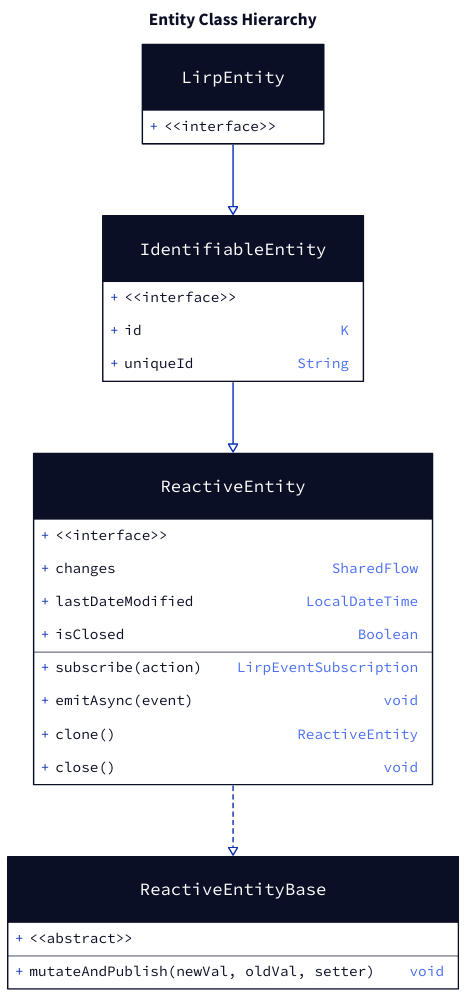
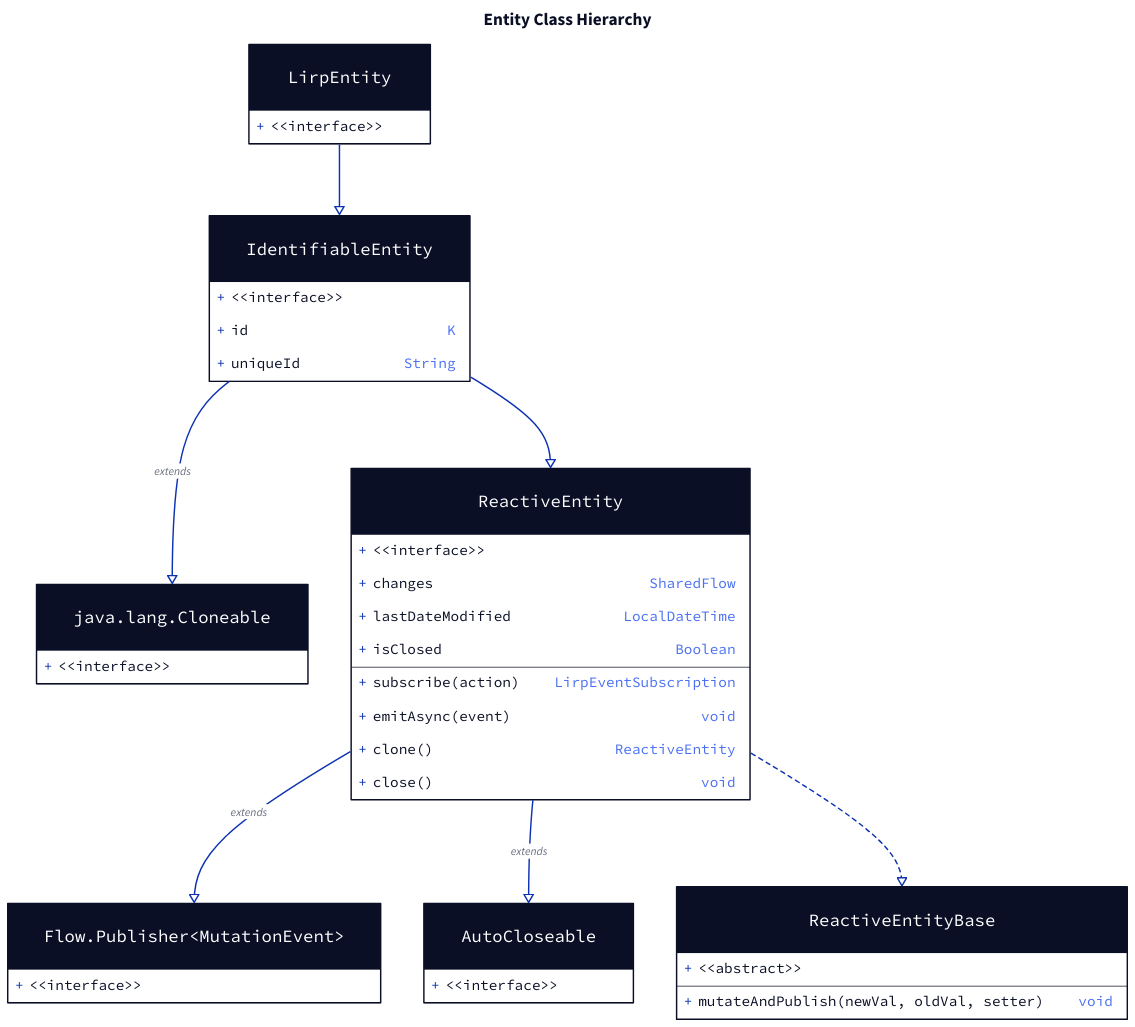
Before and after one commit to octaviospain/lirp: the diagram in d2/entity-hierarchy.d2, drawn with D2. The commit also changed 6 other files, not shown here.

First line of the commit message:
docs: sync d2 diagram sources with wiki consolidation [ci skip]

```diff
--- a/d2/entity-hierarchy.d2
+++ b/d2/entity-hierarchy.d2
@@ -1,54 +1,84 @@
 direction: down
 
 title: Entity Class Hierarchy {
     near: top-center
     shape: text
     style.font-size: 24
     style.bold: true
 }
 
 LirpEntity: LirpEntity {
+    shape: class
+    "<<interface>>"
+}
+
+Cloneable: "java.lang.Cloneable" {
+    shape: class
+    "<<interface>>"
+}
+
+FlowPublisher: "Flow.Publisher<MutationEvent>" {
+    shape: class
+    "<<interface>>"
+}
+
+AutoCloseable: AutoCloseable {
     shape: class
     "<<interface>>"
 }
 
 IdentifiableEntity: IdentifiableEntity {
     shape: class
     "<<interface>>"
     id: K
     uniqueId: String
 }
 
 ReactiveEntity: ReactiveEntity {
     shape: class
     "<<interface>>"
     changes: SharedFlow
     lastDateModified: LocalDateTime
     isClosed: Boolean
     subscribe(action): LirpEventSubscription
     emitAsync(event)
     "clone()": ReactiveEntity
     "close()"
 }
 
 ReactiveEntityBase: ReactiveEntityBase {
     shape: class
     "<<abstract>>"
     mutateAndPublish(newVal, oldVal, setter)
 }
 
 LirpEntity -> IdentifiableEntity: {
     style.stroke-dash: 0
     target-arrowhead.shape: triangle
     target-arrowhead.style.filled: false
 }
 IdentifiableEntity -> ReactiveEntity: {
     style.stroke-dash: 0
     target-arrowhead.shape: triangle
     target-arrowhead.style.filled: false
 }
+IdentifiableEntity -> Cloneable: extends {
+    style.stroke-dash: 0
+    target-arrowhead.shape: triangle
+    target-arrowhead.style.filled: false
+}
+ReactiveEntity -> FlowPublisher: extends {
+    style.stroke-dash: 0
+    target-arrowhead.shape: triangle
+    target-arrowhead.style.filled: false
+}
+ReactiveEntity -> AutoCloseable: extends {
+    style.stroke-dash: 0
+    target-arrowhead.shape: triangle
+    target-arrowhead.style.filled: false
+}
 ReactiveEntity -> ReactiveEntityBase: {
     style.stroke-dash: 3
     target-arrowhead.shape: triangle
     target-arrowhead.style.filled: false
 }
```
